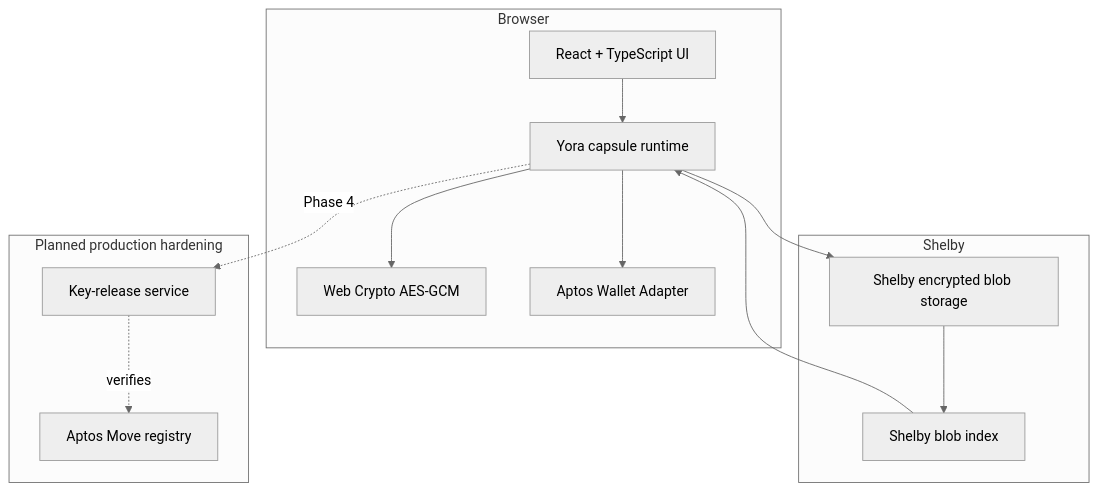
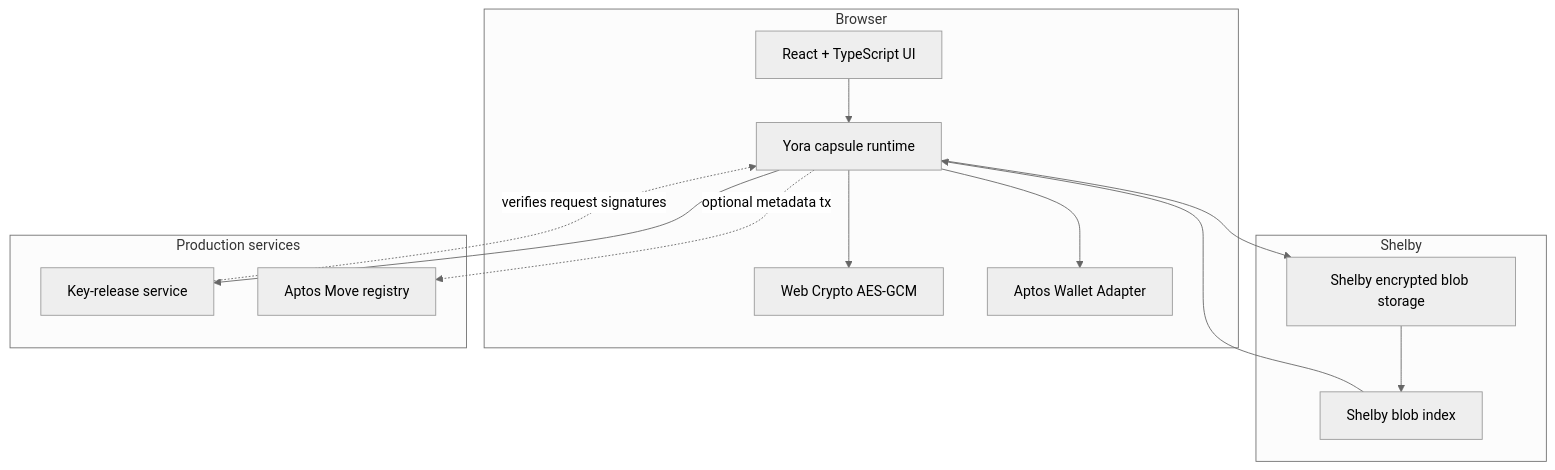
One commit to Immomoo/Yora changed the second of 2 diagrams in README.md. Above: the diagram before and after it, drawn with Mermaid (neutral theme). The commit also changed other lines of this file and 5 other files, not shown here.

````diff
--- a/README.md
+++ b/README.md
@@ -80,28 +80,29 @@
 ```mermaid
 flowchart TB
   subgraph Browser
     UI[React + TypeScript UI]
     Crypto[Web Crypto AES-GCM]
     Wallet[Aptos Wallet Adapter]
     Runtime[Yora capsule runtime]
   end
 
   subgraph Shelby
     Blob[Shelby encrypted blob storage]
     Indexer[Shelby blob index]
   end
 
-  subgraph FutureHardening[Planned production hardening]
+  subgraph Services[Production services]
     KeyService[Key-release service]
     Registry[Aptos Move registry]
   end
 
   UI --> Runtime
   Runtime --> Crypto
   Runtime --> Wallet
   Runtime --> Blob
   Blob --> Indexer
   Indexer --> Runtime
-  Runtime -. Phase 4 .-> KeyService
-  KeyService -. verifies .-> Registry
+  Runtime --> KeyService
+  Runtime -. optional metadata tx .-> Registry
+  KeyService -. verifies request signatures .-> Runtime
 ```
````
